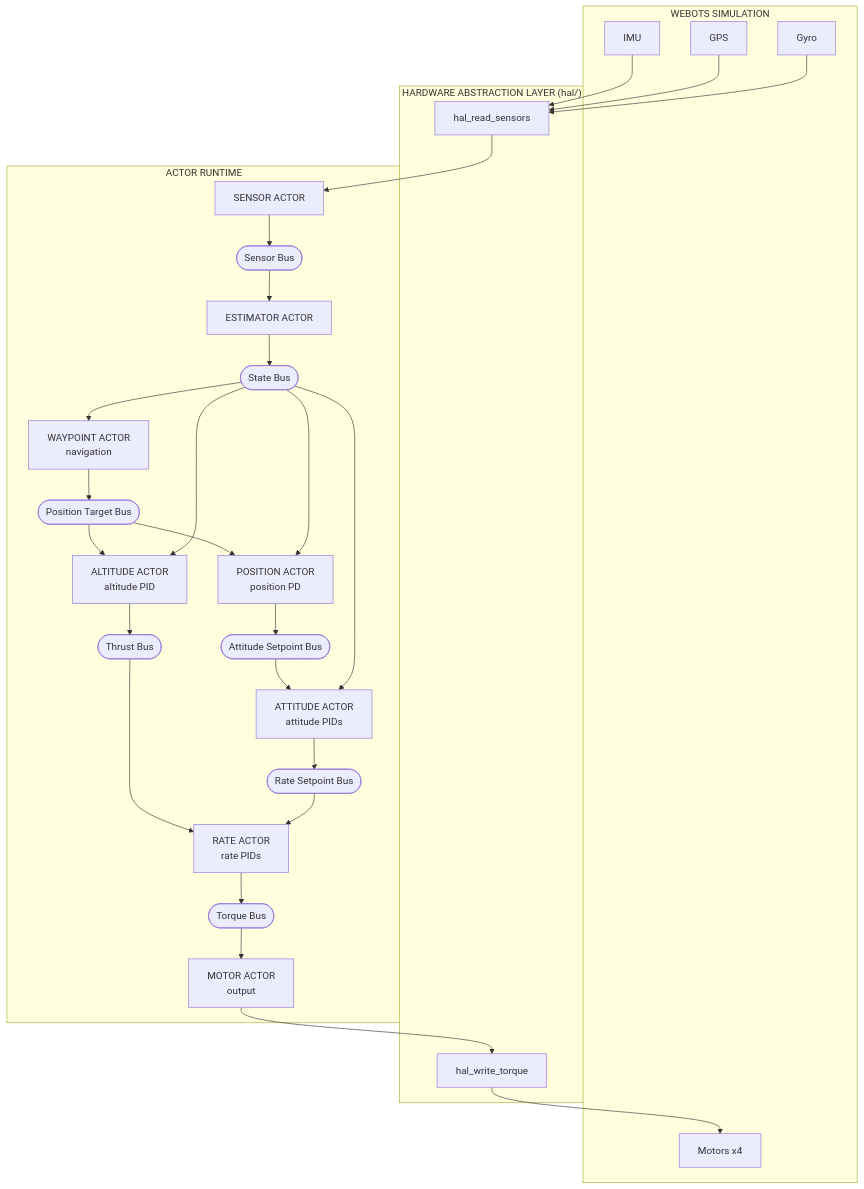
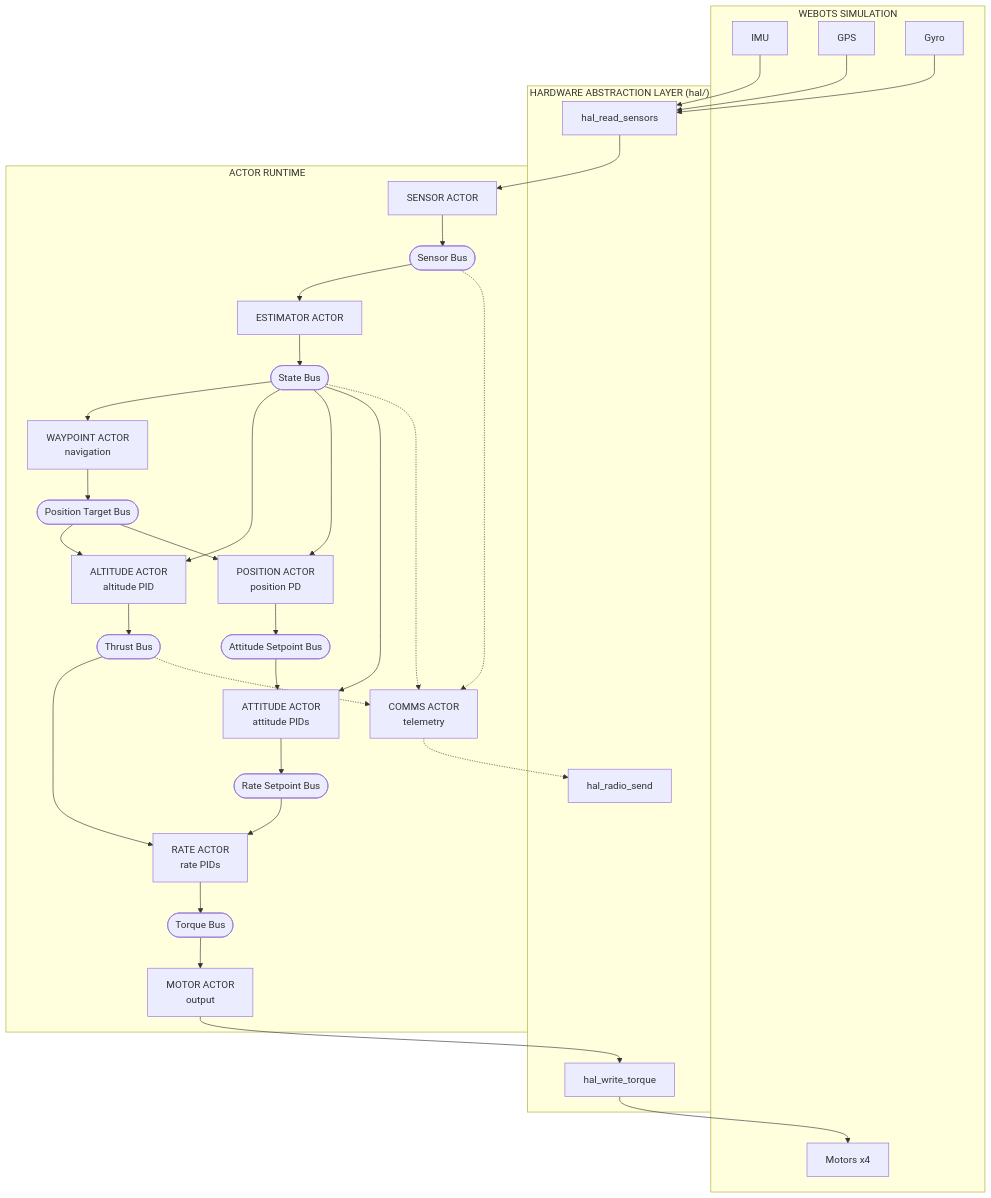
The first of 3 diagrams in examples/pilot/SPEC.md (joagre/hive), drawn with Mermaid before and after one commit. The commit also changed other lines of this file and 1 other file, not shown here.

First line of the commit message:
Add comms actor to architecture diagrams

````diff
--- a/examples/pilot/SPEC.md
+++ b/examples/pilot/SPEC.md
@@ -256,49 +256,56 @@
 ```mermaid
 graph TB
     subgraph WEBOTS["WEBOTS SIMULATION"]
         IMU[IMU]
         GPS[GPS]
         Gyro[Gyro]
         Motors[Motors x4]
     end
 
     subgraph HAL["HARDWARE ABSTRACTION LAYER (hal/)"]
         ReadSensors[hal_read_sensors]
         WriteTorque[hal_write_torque]
+        RadioTx[hal_radio_send]
     end
 
     subgraph RUNTIME["ACTOR RUNTIME"]
         Sensor[SENSOR ACTOR]
         SensorBus([Sensor Bus])
         Estimator[ESTIMATOR ACTOR]
         StateBus([State Bus])
 
         Altitude[ALTITUDE ACTOR<br/>altitude PID]
         Waypoint[WAYPOINT ACTOR<br/>navigation]
         PositionTargetBus([Position Target Bus])
         Position[POSITION ACTOR<br/>position PD]
         ThrustBus([Thrust Bus])
         AttitudeSPBus([Attitude Setpoint Bus])
         Attitude[ATTITUDE ACTOR<br/>attitude PIDs]
         RateSPBus([Rate Setpoint Bus])
         Rate[RATE ACTOR<br/>rate PIDs]
         TorqueBus([Torque Bus])
         Motor[MOTOR ACTOR<br/>output]
+        Comms[COMMS ACTOR<br/>telemetry]
     end
 
     IMU --> ReadSensors
     GPS --> ReadSensors
     Gyro --> ReadSensors
     WriteTorque --> Motors
 
     ReadSensors --> Sensor
     Sensor --> SensorBus --> Estimator --> StateBus
 
     StateBus --> Waypoint --> PositionTargetBus --> Altitude --> ThrustBus --> Rate
     PositionTargetBus --> Position
     StateBus --> Altitude
     StateBus --> Position --> AttitudeSPBus --> Attitude
     StateBus --> Attitude --> RateSPBus --> Rate --> TorqueBus --> Motor
 
     Motor --> WriteTorque
+
+    SensorBus -.-> Comms
+    StateBus -.-> Comms
+    ThrustBus -.-> Comms
+    Comms -.-> RadioTx
 ```
````
